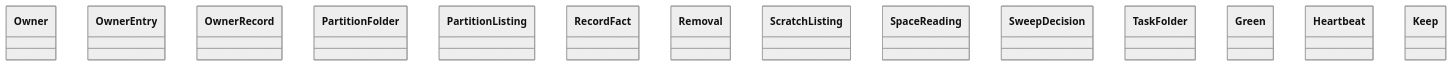
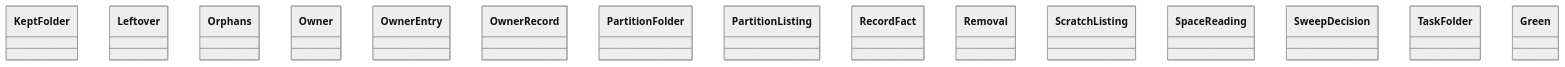
The diagram in docs/architecture/generated/classes-process-domain-machine-2.md (GonzaloZevallos/agentic-system), drawn with Mermaid (neutral theme) before and after one commit. The commit also changed 20 other files, not shown here.

````diff
--- a/docs/architecture/generated/classes-process-domain-machine-2.md
+++ b/docs/architecture/generated/classes-process-domain-machine-2.md
@@ -32,17 +32,18 @@
 ```mermaid
 classDiagram
+    class scratch__KeptFolder["KeptFolder"]
+    class scratch__Leftover["Leftover"]
+    class scratch__Orphans["Orphans"]
     class scratch__Owner["Owner"]
     class scratch__OwnerEntry["OwnerEntry"]
     class scratch__OwnerRecord["OwnerRecord"]
     class scratch__PartitionFolder["PartitionFolder"]
     class scratch__PartitionListing["PartitionListing"]
     class scratch__RecordFact["RecordFact"]
     class scratch__Removal["Removal"]
     class scratch__ScratchListing["ScratchListing"]
     class scratch__SpaceReading["SpaceReading"]
     class scratch__SweepDecision["SweepDecision"]
     class scratch__TaskFolder["TaskFolder"]
     class stage0_rotation__Green["Green"]
-    class stage0_rotation__Heartbeat["Heartbeat"]
-    class stage0_rotation__Keep["Keep"]
 ```
````
